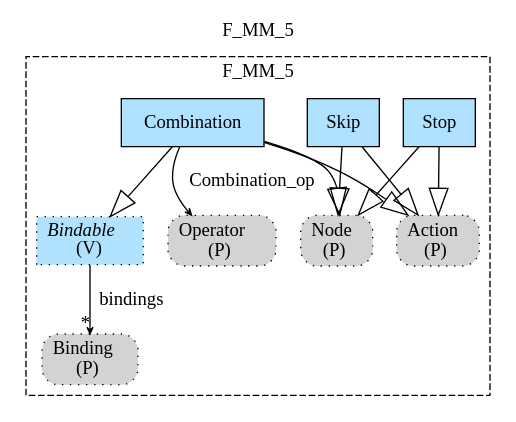
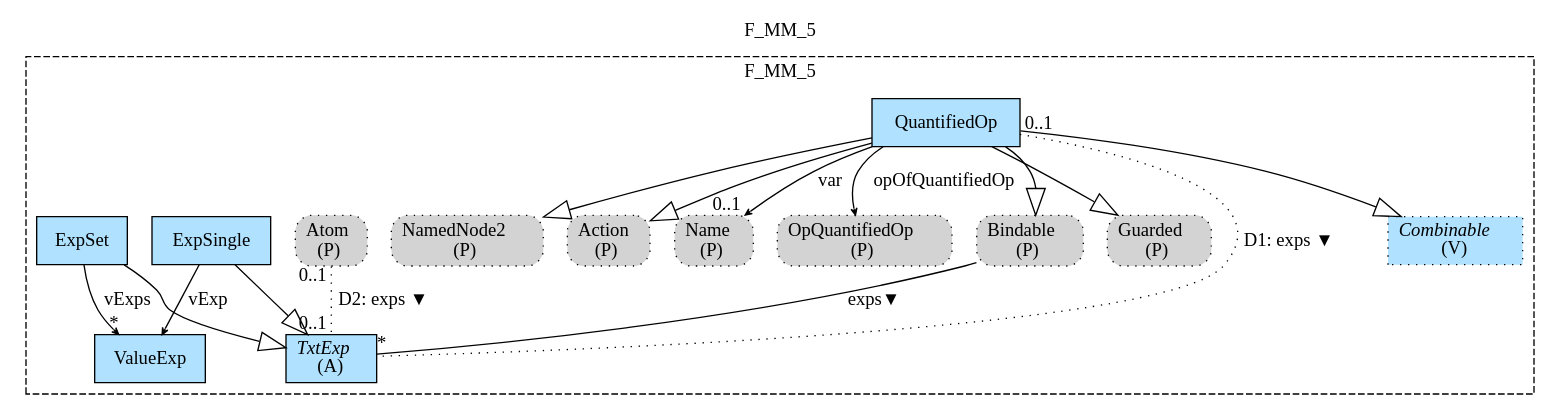
The diagram in Haskell/PCs/MM/img/F_MM_5.gv (namalio/Fragmenta), drawn with Graphviz before and after one commit. The commit also changed 114 other files, not shown here.

```diff
--- a/Haskell/PCs/MM/img/F_MM_5.gv
+++ b/Haskell/PCs/MM/img/F_MM_5.gv
@@ -1,27 +1,40 @@
 digraph {graph[label=F_MM_5,labelloc=tl,labelfontsize=12];
 subgraph cluster_F_MM_5{style=dashed;label=F_MM_5;
-"PNode"[shape=box,fillcolor=lightgray,style ="rounded,filled,dotted",label=<Node<br/>(P)>];
-"PBinding"[shape=box,fillcolor=lightgray,style ="rounded,filled,dotted",label=<Binding<br/>(P)>];
+"QuantifiedOp"[shape=record,fillcolor=lightskyblue1,style = filled,label="QuantifiedOp"];
+"PNamedNode2"[shape=box,fillcolor=lightgray,style ="rounded,filled,dotted",label=<NamedNode2<br/>(P)>];
 "PAction"[shape=box,fillcolor=lightgray,style ="rounded,filled,dotted",label=<Action<br/>(P)>];
-"POperator"[shape=box,fillcolor=lightgray,style ="rounded,filled,dotted",label=<Operator<br/>(P)>];
-"Stop"[shape=record,fillcolor=lightskyblue1,style = filled,label="Stop"];
-"Skip"[shape=record,fillcolor=lightskyblue1,style = filled,label="Skip"];
-"Combination"[shape=record,fillcolor=lightskyblue1,style = filled,label="Combination"];
-"Bindable"[shape=record,fillcolor=lightskyblue1,style ="filled,dotted",label=<{<I>Bindable</I><br/>(V)}>];
+"PName"[shape=box,fillcolor=lightgray,style ="rounded,filled,dotted",label=<Name<br/>(P)>];
+"POpQuantifiedOp"[shape=box,fillcolor=lightgray,style ="rounded,filled,dotted",label=<OpQuantifiedOp<br/>(P)>];
+"PBindable"[shape=box,fillcolor=lightgray,style ="rounded,filled,dotted",label=<Bindable<br/>(P)>];
+"PAtom"[shape=box,fillcolor=lightgray,style ="rounded,filled,dotted",label=<Atom<br/>(P)>];
+"PGuarded"[shape=box,fillcolor=lightgray,style ="rounded,filled,dotted",label=<Guarded<br/>(P)>];
+"TxtExp"[shape=record,fillcolor=lightskyblue1,style = filled,label=<{<I>TxtExp</I><br/>(A)}>];
+"ExpSet"[shape=record,fillcolor=lightskyblue1,style = filled,label="ExpSet"];
+"ExpSingle"[shape=record,fillcolor=lightskyblue1,style = filled,label="ExpSingle"];
+"ValueExp"[shape=record,fillcolor=lightskyblue1,style = filled,label="ValueExp"];
+"Combinable"[shape=record,fillcolor=lightskyblue1,style ="filled,dotted",label=<{<I>Combinable</I><br/>(V)}>];
 
-"Stop"->"PNode"[arrowhead=onormal,arrowsize=2.0];
-"Skip"->"PNode"[arrowhead=onormal,arrowsize=2.0];
-"Combination"->"PNode"[arrowhead=onormal,arrowsize=2.0];
-"Combination"->"Bindable"[arrowhead=onormal,arrowsize=2.0];
-"Stop"->"PAction"[arrowhead=onormal,arrowsize=2.0];
-"Skip"->"PAction"[arrowhead=onormal,arrowsize=2.0];
-"Combination"->"PAction"[arrowhead=onormal,arrowsize=2.0];
-"Combination"->"POperator"[label="Combination_op",arrowhead=vee,headlabel="",arrowsize=.5];
-"Bindable"->"PBinding"[label="bindings",arrowhead=vee,headlabel="*",arrowsize=.5];
+"QuantifiedOp"->"PNamedNode2"[arrowhead=onormal,arrowsize=2.0];
+"QuantifiedOp"->"PAction"[arrowhead=onormal,arrowsize=2.0];
+"ExpSet"->"TxtExp"[arrowhead=onormal,arrowsize=2.0];
+"ExpSingle"->"TxtExp"[arrowhead=onormal,arrowsize=2.0];
+"QuantifiedOp"->"PBindable"[arrowhead=onormal,arrowsize=2.0];
+"QuantifiedOp"->"PGuarded"[arrowhead=onormal,arrowsize=2.0];
+"QuantifiedOp"->"Combinable"[arrowhead=onormal,arrowsize=2.0];
+"QuantifiedOp"->"PName"[label="var",arrowhead=vee,headlabel="0..1",arrowsize=.5];
+"ExpSet"->"ValueExp"[label="vExps",arrowhead=vee,headlabel="*",arrowsize=.5];
+"ExpSingle"->"ValueExp"[label="vExp",arrowhead=vee,headlabel="",arrowsize=.5];
+"QuantifiedOp"->"POpQuantifiedOp"[label="opOfQuantifiedOp",arrowhead=vee,headlabel="",arrowsize=.5];
+"PBindable"->"TxtExp"[label="exps▼",dir=none,taillabel="",headlabel="*"];
+"QuantifiedOp"->"TxtExp"[label="D1: exps ▼",dir=none,taillabel="0..1",headlabel="",style=dotted];
+"PAtom"->"TxtExp"[label="D2: exps ▼",dir=none,taillabel="0..1",headlabel="0..1",style=dotted];
 
 }
 
 
 
 
+
+
+
 }
```
